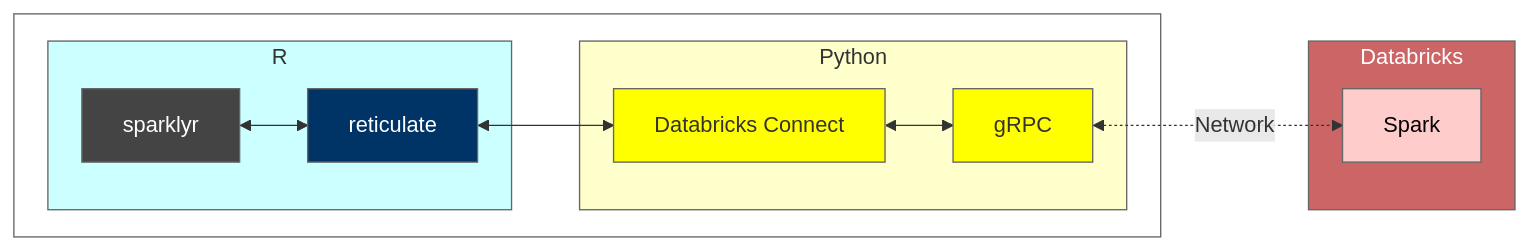
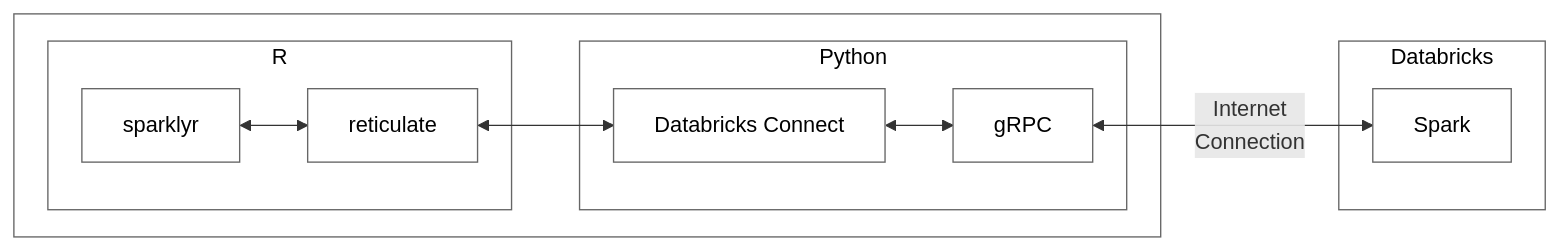
Before and after one commit to rstudio/spark.rstudio.com: the diagram in deployment/databricks-connect.qmd, drawn with Mermaid. The commit also changed other lines of this file, not shown here.

Commit message:
Switches diagram to black and white

````diff
--- a/deployment/databricks-connect.qmd
+++ b/deployment/databricks-connect.qmd
@@ -56,31 +57,32 @@
 ```{mermaid}
-%%| fig-width: 12
+%%| eval: true
+%%| fig-width: 10
 flowchart LR
   subgraph lp[test]
     subgraph r[R]
       sr[sparklyr]
       rt[reticulate]
     end
-    subgraph  ps[Python]
+    subgraph ps[Python]
       dc[Databricks Connect]
       g1[gRPC]
     end
   end   
   subgraph db[Databricks]
     sp[Spark]   
   end
   sr <--> rt
   rt <--> dc
-  g1 <-. Network .-> sp
+  g1 <-- Internet<br>Connection --> sp
   dc <--> g1
   
-  style r   fill:#cff,stroke:#666
-  style sr  fill:#444,stroke:#666,color:#fff
-  style rt  fill:#036,stroke:#666,color:#fff
-  style ps  fill:#ffc,stroke:#666
+  style r   fill:#fff,stroke:#666,color:#000
+  style sr  fill:#fff,stroke:#666,color:#000
+  style rt  fill:#fff,stroke:#666,color:#000
+  style ps  fill:#fff,stroke:#666,color:#000
   style lp  fill:#fff,stroke:#666,color:#fff
-  style db  fill:#c66,stroke:#666,color:#fff
-  style sp  fill:#fcc,stroke:#666,color:#000
-  style g1  fill:#ff0,stroke:#666
-  style dc  fill:#ff0,stroke:#666
+  style db  fill:#fff,stroke:#666,color:#000
+  style sp  fill:#fff,stroke:#666,color:#000
+  style g1  fill:#fff,stroke:#666,color:#000
+  style dc  fill:#fff,stroke:#666,color:#000
 ```
````
